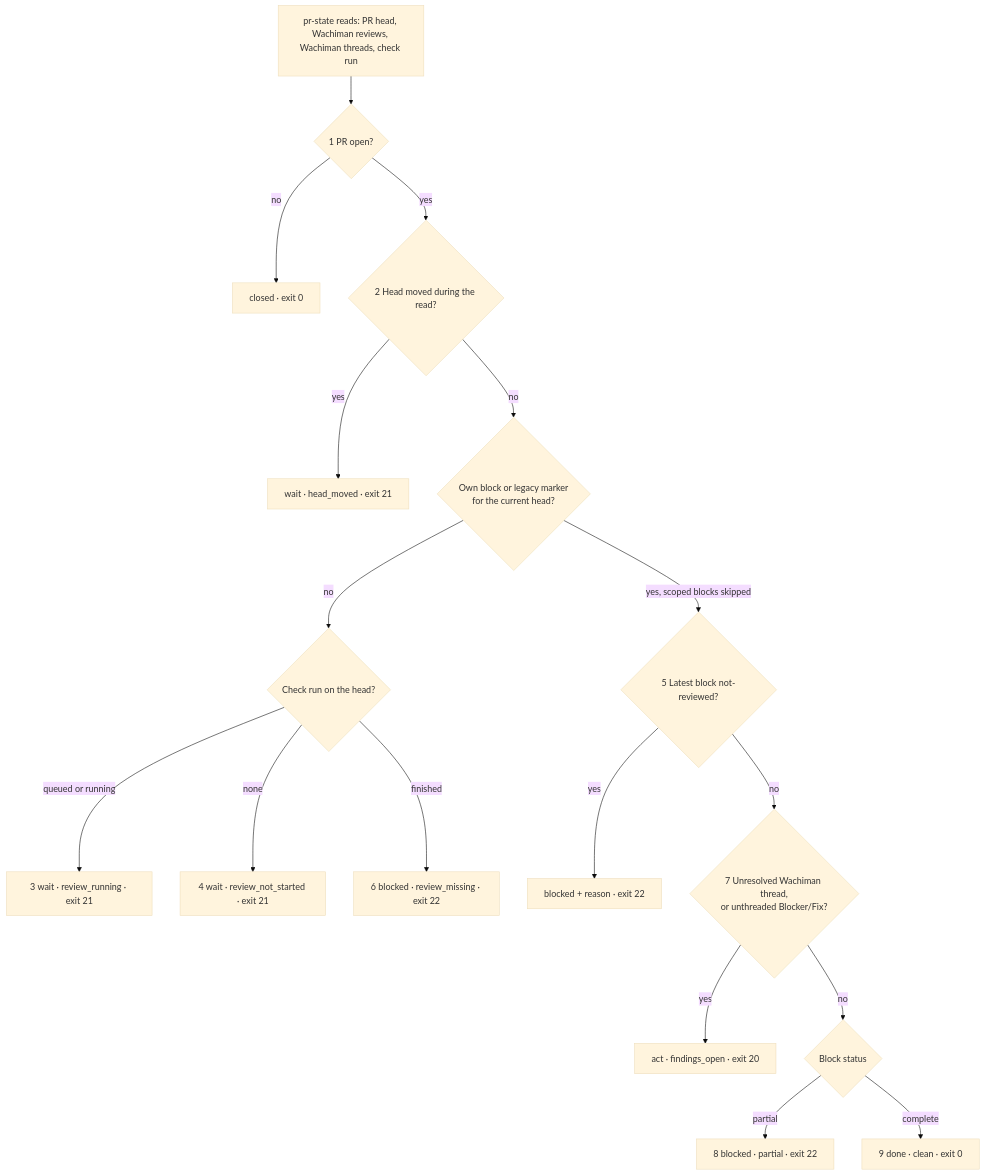
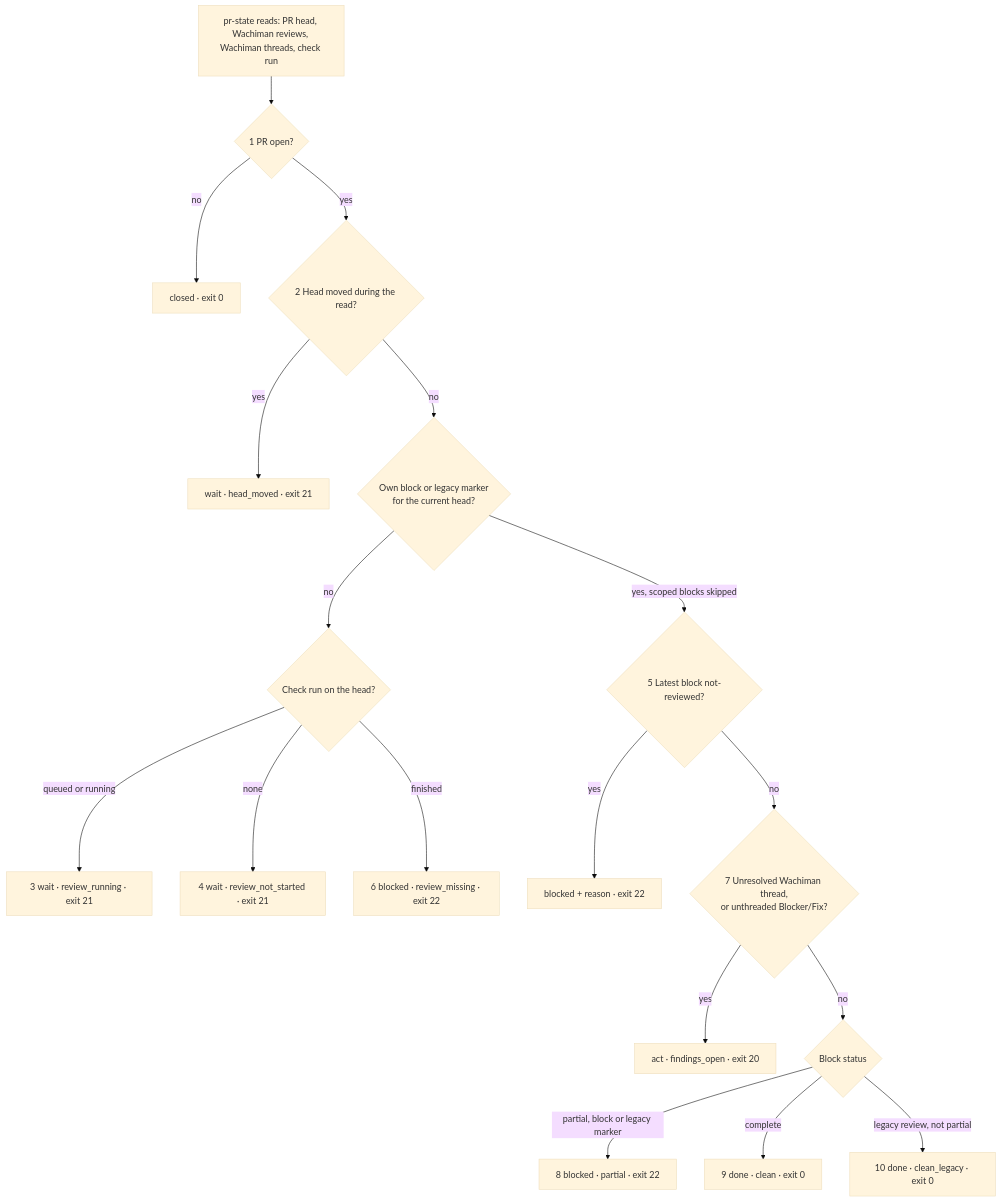
One commit to niway-dev/wachiman changed the diagram in docs/specs/2026-11-19-pr-state-design.md. Above: the diagram before and after it, drawn with Mermaid (base theme). The commit also changed other lines of this file and 1 other file, not shown here.

First line of the commit message:
docs(spec): legacy reviews end in clean_legacy, the block carries unthreaded_blocking, --wait reads once per event

````diff
--- a/docs/specs/2026-11-19-pr-state-design.md
+++ b/docs/specs/2026-11-19-pr-state-design.md
@@ -20,19 +20,20 @@
 ```mermaid
 flowchart TD
   P[pr-state reads: PR head, Wachiman reviews, Wachiman threads, check run] --> R1{1 PR open?}
   R1 -- no --> X[closed · exit 0]
   R1 -- yes --> R2{2 Head moved during the read?}
   R2 -- yes --> W1[wait · head_moved · exit 21]
   R2 -- no --> R3{Own block or legacy marker<br/>for the current head?}
   R3 -- no --> K{Check run on the head?}
   K -- queued or running --> W2[3 wait · review_running · exit 21]
   K -- none --> W3[4 wait · review_not_started · exit 21]
   K -- finished --> B2[6 blocked · review_missing · exit 22]
   R3 -- yes, scoped blocks skipped --> R5{5 Latest block not-reviewed?}
   R5 -- yes --> B1[blocked + reason · exit 22]
   R5 -- no --> R7{7 Unresolved Wachiman thread,<br/>or unthreaded Blocker/Fix?}
   R7 -- yes --> A[act · findings_open · exit 20]
   R7 -- no --> R8{Block status}
-  R8 -- partial --> B3[8 blocked · partial · exit 22]
+  R8 -- partial, block or legacy marker --> B3[8 blocked · partial · exit 22]
   R8 -- complete --> D[9 done · clean · exit 0]
+  R8 -- legacy review, not partial --> D2[10 done · clean_legacy · exit 0]
 ```
````
